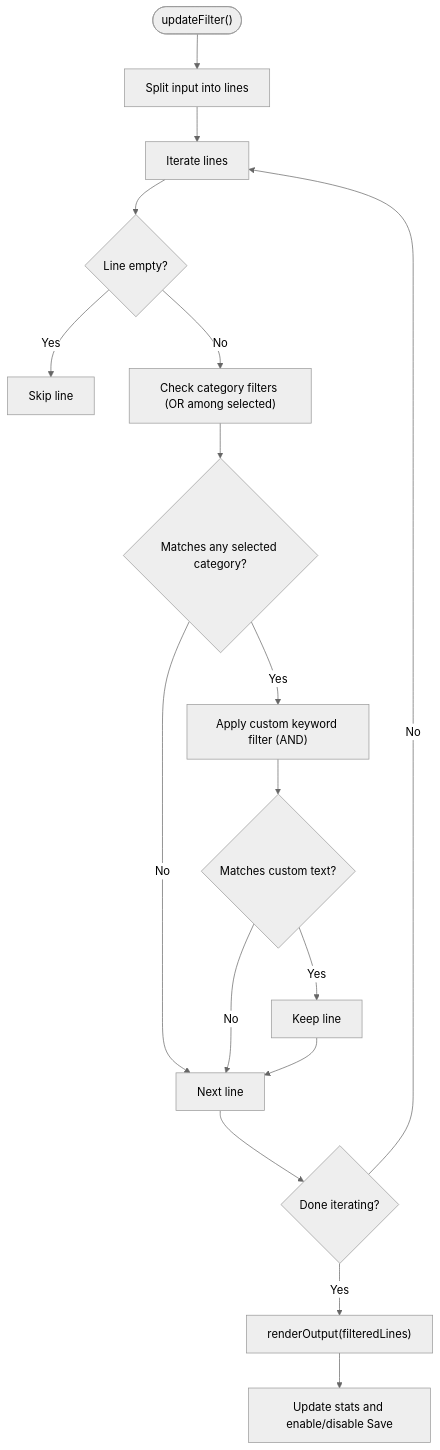
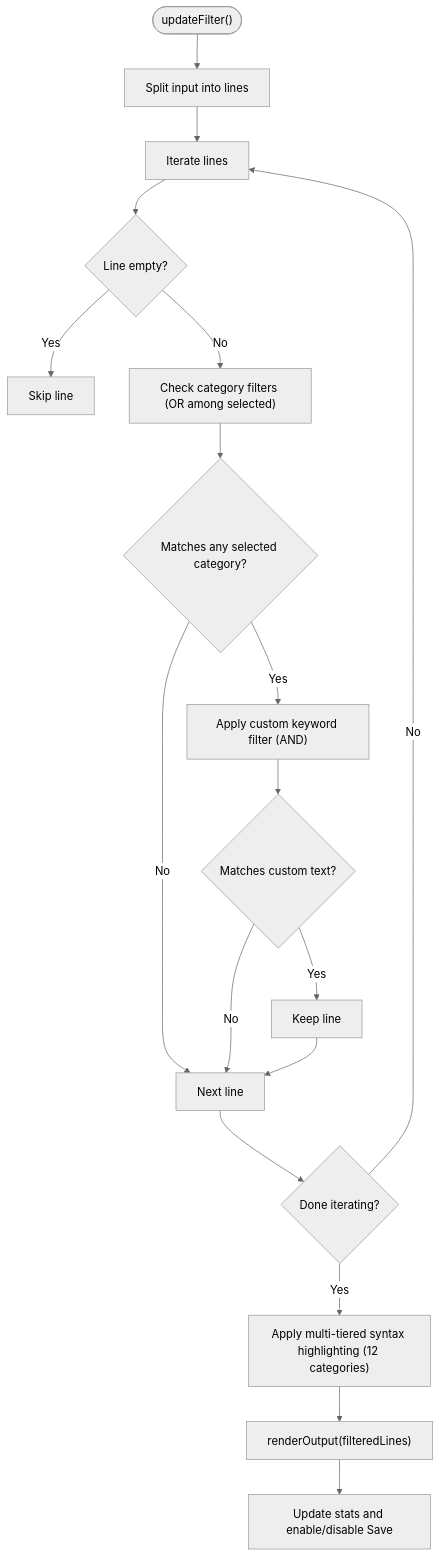
Before and after one commit to escaleraalcielo/developer-utilities: the third of 4 diagrams in .qoder/repowiki/en/content/Development Utilities/Apex Debug Log Analyzer.md, drawn with Mermaid (neutral theme). The commit also changed other lines of this file and 3 other files, not shown here.

````diff
--- a/.qoder/repowiki/en/content/Development Utilities/Apex Debug Log Analyzer.md
+++ b/.qoder/repowiki/en/content/Development Utilities/Apex Debug Log Analyzer.md
@@ -174,19 +193,20 @@
 ```mermaid
 flowchart TD
 Start(["updateFilter()"]) --> Split["Split input into lines"]
 Split --> Iterate["Iterate lines"]
 Iterate --> CheckEmpty{"Line empty?"}
 CheckEmpty --> |Yes| Skip["Skip line"]
 CheckEmpty --> |No| CatFilter["Check category filters (OR among selected)"]
 CatFilter --> HasCat{"Matches any selected category?"}
 HasCat --> |No| NextLine["Next line"]
 HasCat --> |Yes| CustomFilter["Apply custom keyword filter (AND)"]
 CustomFilter --> Matches{"Matches custom text?"}
 Matches --> |No| NextLine
 Matches --> |Yes| Keep["Keep line"]
 Keep --> NextLine
 NextLine --> Done{"Done iterating?"}
 Done --> |No| Iterate
-Done --> |Yes| Render["renderOutput(filteredLines)"]
+Done --> |Yes| Highlight["Apply multi-tiered syntax highlighting (12 categories)"]
+Highlight --> Render["renderOutput(filteredLines)"]
 Render --> Stats["Update stats and enable/disable Save"]
 ```
````
